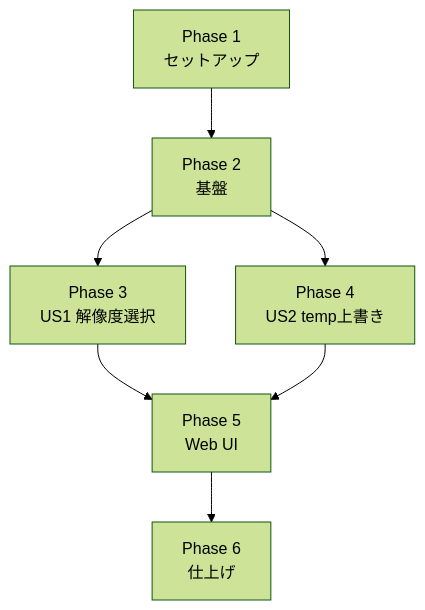
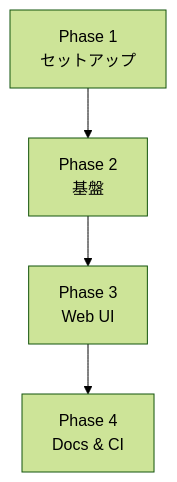
The second of 2 diagrams in specs/001-MyVoice-Maker/tasks.md (J1921604/MyVoice-Maker), drawn with Mermaid (forest theme) before and after one commit. The commit also changed other lines of this file and 35 other files, not shown here.

````diff
--- a/specs/001-MyVoice-Maker/tasks.md
+++ b/specs/001-MyVoice-Maker/tasks.md
@@ -158,9 +99,6 @@
 ```mermaid
 flowchart TD
     P1[Phase 1<br>セットアップ] --> P2[Phase 2<br>基盤]
-    P2 --> P3[Phase 3<br>US1 解像度選択]
-    P2 --> P4[Phase 4<br>US2 temp上書き]
-    P3 --> P5[Phase 5<br>Web UI]
-    P4 --> P5
-    P5 --> P6[Phase 6<br>仕上げ]
+    P2 --> P3[Phase 3<br>Web UI]
+    P3 --> P4[Phase 4<br>Docs & CI]
 ```
````
